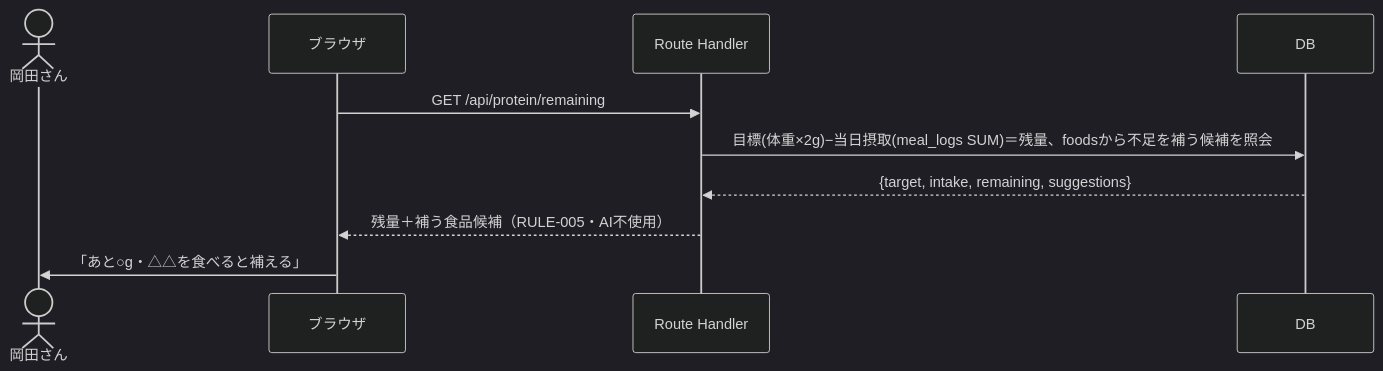
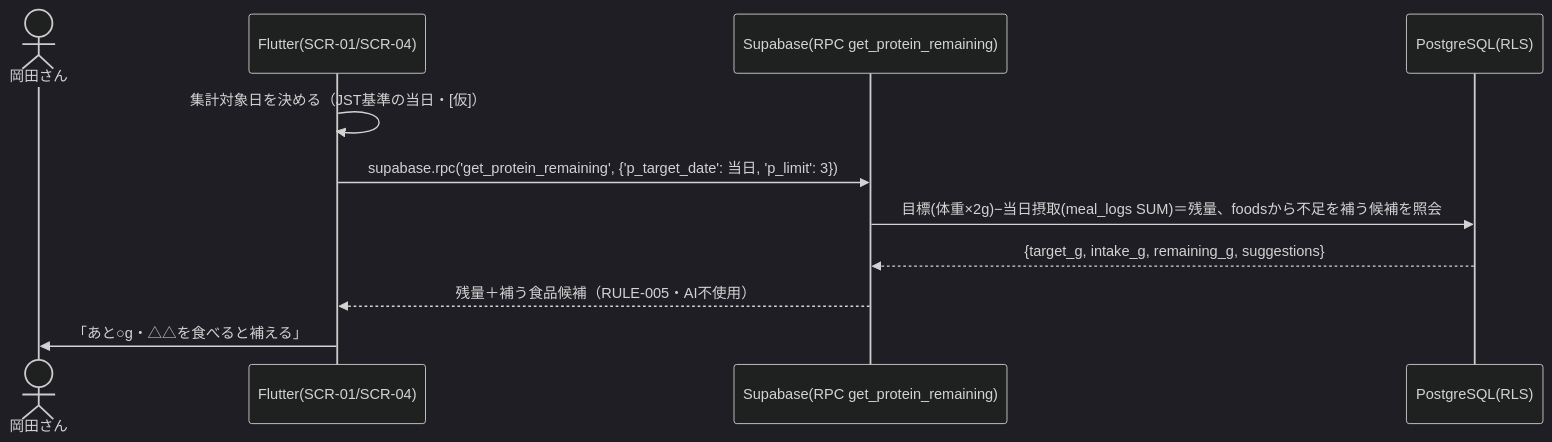
Before and after one commit to k-okada51/okada-fit: the fifth of 5 diagrams in docs/02_設計/40_機能設計/01_シーケンス設計.md, drawn with Mermaid (dark theme). The commit also changed other lines of this file and 37 other files, not shown here.

````diff
--- a/docs/02_設計/40_機能設計/01_シーケンス設計.md
+++ b/docs/02_設計/40_機能設計/01_シーケンス設計.md
@@ -130,12 +140,13 @@
 ```mermaid
 sequenceDiagram
   actor U as 岡田さん
-  participant B as ブラウザ
-  participant S as Route Handler
-  participant D as DB
-  B->>S: GET /api/protein/remaining
-  S->>D: 目標(体重×2g)−当日摂取(meal_logs SUM)＝残量、foodsから不足を補う候補を照会
-  D-->>S: {target, intake, remaining, suggestions}
-  S-->>B: 残量＋補う食品候補（RULE-005・AI不使用）
-  B->>U: 「あと○g・△△を食べると補える」
+  participant F as Flutter(SCR-01/SCR-04)
+  participant R as Supabase(RPC get_protein_remaining)
+  participant D as PostgreSQL(RLS)
+  F->>F: 集計対象日を決める（JST基準の当日・[仮]）
+  F->>R: supabase.rpc('get_protein_remaining', {'p_target_date': 当日, 'p_limit': 3})
+  R->>D: 目標(体重×2g)−当日摂取(meal_logs SUM)＝残量、foodsから不足を補う候補を照会
+  D-->>R: {target_g, intake_g, remaining_g, suggestions}
+  R-->>F: 残量＋補う食品候補（RULE-005・AI不使用）
+  F->>U: 「あと○g・△△を食べると補える」
 ```
````
